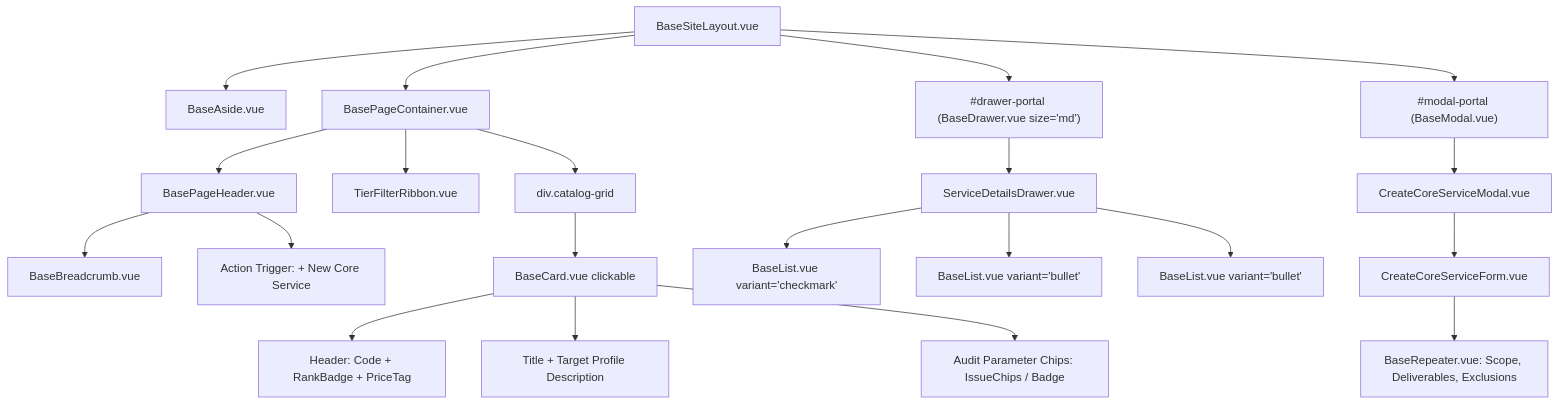
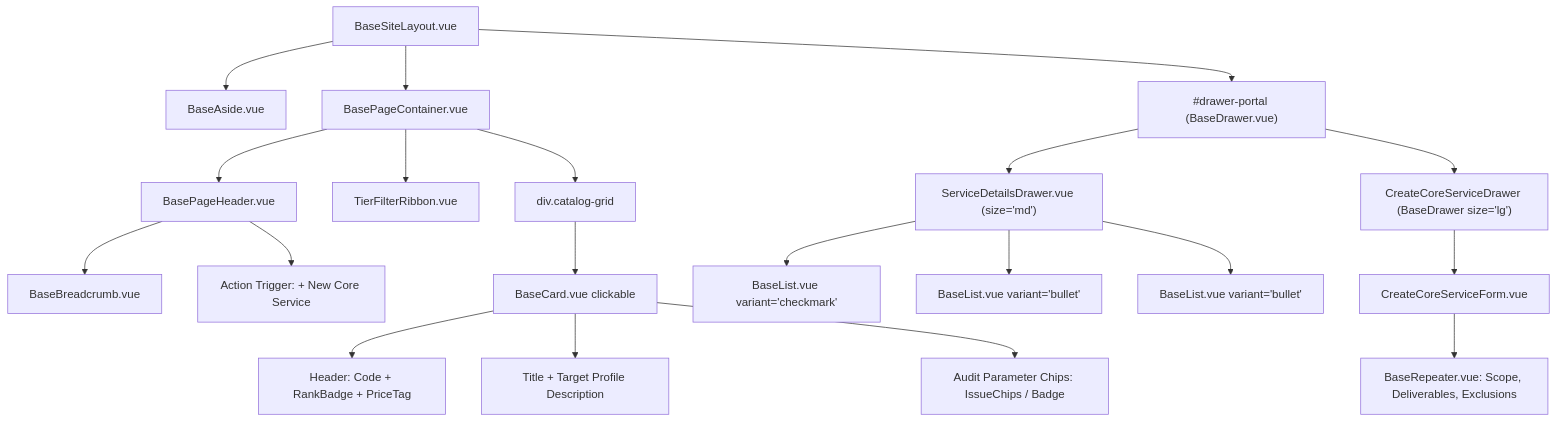
The diagram in architecture/designs/0015_service_catalog_workspace_layout_and_topology_spec.md (mnaatjes/smb-ops-frontend), drawn with Mermaid before and after one commit. The commit also changed other lines of this file and 5 other files, not shown here.

Commit message:
refactor(ui): promote New Core Service creation workflow to BaseDrawer size=lg

````diff
--- a/architecture/designs/0015_service_catalog_workspace_layout_and_topology_spec.md
+++ b/architecture/designs/0015_service_catalog_workspace_layout_and_topology_spec.md
@@ -58,23 +59,22 @@
 ```mermaid
 flowchart TD
     Shell[BaseSiteLayout.vue] --> Aside[BaseAside.vue]
     Shell --> Stage[BasePageContainer.vue]
     Stage --> Header[BasePageHeader.vue]
     Header --> Breadcrumbs[BaseBreadcrumb.vue]
     Header --> HeaderActions[Action Trigger: + New Core Service]
     Stage --> TierRibbon[TierFilterRibbon.vue]
     Stage --> GridContainer[div.catalog-grid]
     GridContainer --> ServiceCards[BaseCard.vue clickable]
     ServiceCards --> CardHeader[Header: Code + RankBadge + PriceTag]
     ServiceCards --> CardBody[Title + Target Profile Description]
     ServiceCards --> CardFooter[Audit Parameter Chips: IssueChips / Badge]
-    Shell --> DrawerPortal["#drawer-portal (BaseDrawer.vue size='md')"]
-    DrawerPortal --> ServiceDetails[ServiceDetailsDrawer.vue]
+    Shell --> DrawerPortal["#drawer-portal (BaseDrawer.vue)"]
+    DrawerPortal --> ServiceDetails["ServiceDetailsDrawer.vue (size='md')"]
     ServiceDetails --> DeliverablesList[BaseList.vue variant='checkmark']
     ServiceDetails --> ScopeList[BaseList.vue variant='bullet']
     ServiceDetails --> ExclusionsList[BaseList.vue variant='bullet']
-    Shell --> ModalPortal["#modal-portal (BaseModal.vue)"]
-    ModalPortal --> CoreModal[CreateCoreServiceModal.vue]
-    CoreModal --> CoreForm[CreateCoreServiceForm.vue]
+    DrawerPortal --> CoreDrawer["CreateCoreServiceDrawer (BaseDrawer size='lg')"]
+    CoreDrawer --> CoreForm[CreateCoreServiceForm.vue]
     CoreForm --> Repeater1[BaseRepeater.vue: Scope, Deliverables, Exclusions]
 ```
````
